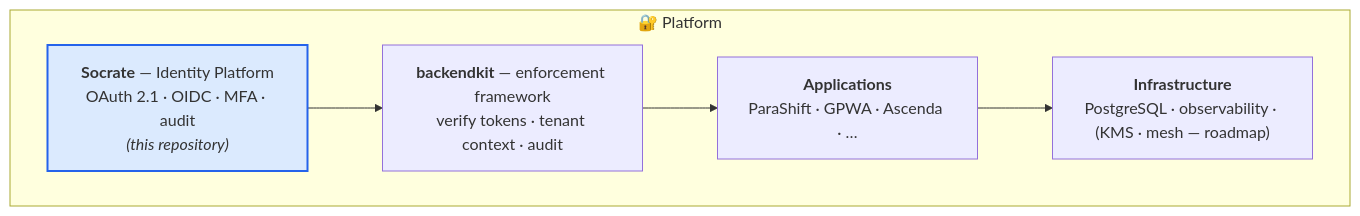
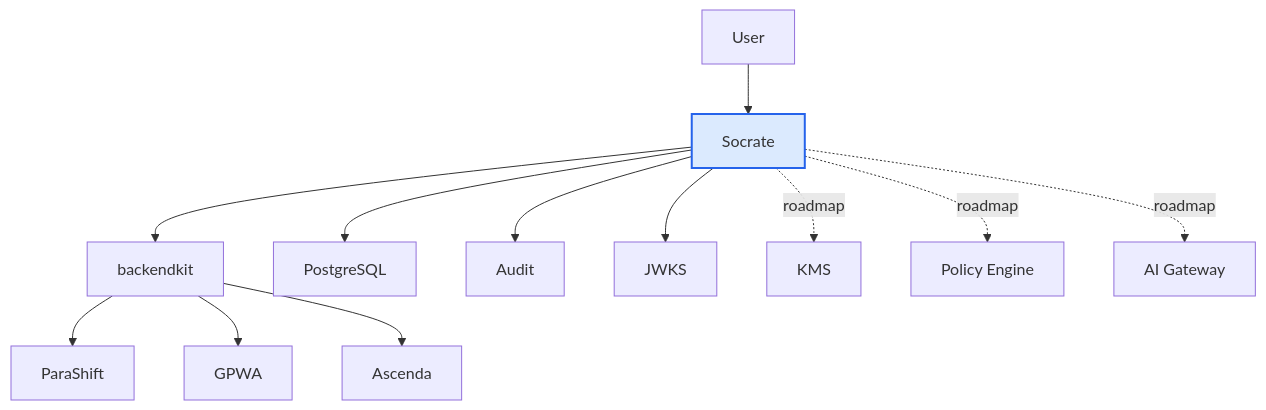
Before and after one commit to ovander/go-oauth2: the first of 3 diagrams in README.md, drawn with Mermaid. The commit also changed other lines of this file and 1 other file, not shown here.

````diff
--- a/README.md
+++ b/README.md
@@ -38,13 +56,17 @@
 ```mermaid
-flowchart TB
-    subgraph P["🔐 Platform"]
-        S["<b>Socrate</b> — Identity Platform<br/>OAuth 2.1 · OIDC · MFA · audit<br/><i>(this repository)</i>"]
-        BK["<b>backendkit</b> — enforcement framework<br/>verify tokens · tenant context · audit"]
-        APP["<b>Applications</b><br/>ParaShift · GPWA · Ascenda · …"]
-        INF["<b>Infrastructure</b><br/>PostgreSQL · observability · (KMS · mesh — roadmap)"]
-    end
-    S --> BK --> APP --> INF
+graph TD
+    User --> Socrate
+    Socrate --> backendkit
+    backendkit --> ParaShift
+    backendkit --> GPWA
+    backendkit --> Ascenda
+    Socrate --> PostgreSQL
+    Socrate --> Audit
+    Socrate --> JWKS
+    Socrate -. roadmap .-> KMS
+    Socrate -. roadmap .-> PolicyEngine["Policy Engine"]
+    Socrate -. roadmap .-> AIGateway["AI Gateway"]
 
     classDef here fill:#dbeafe,stroke:#2563eb,stroke-width:2px;
-    class S here;
+    class Socrate here;
 ```
````
